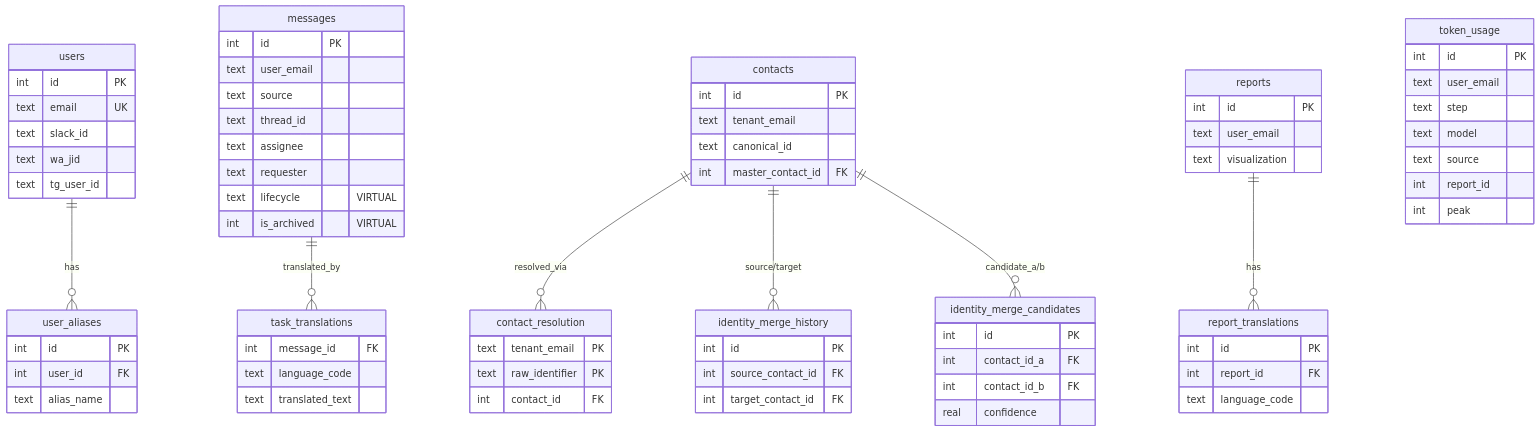
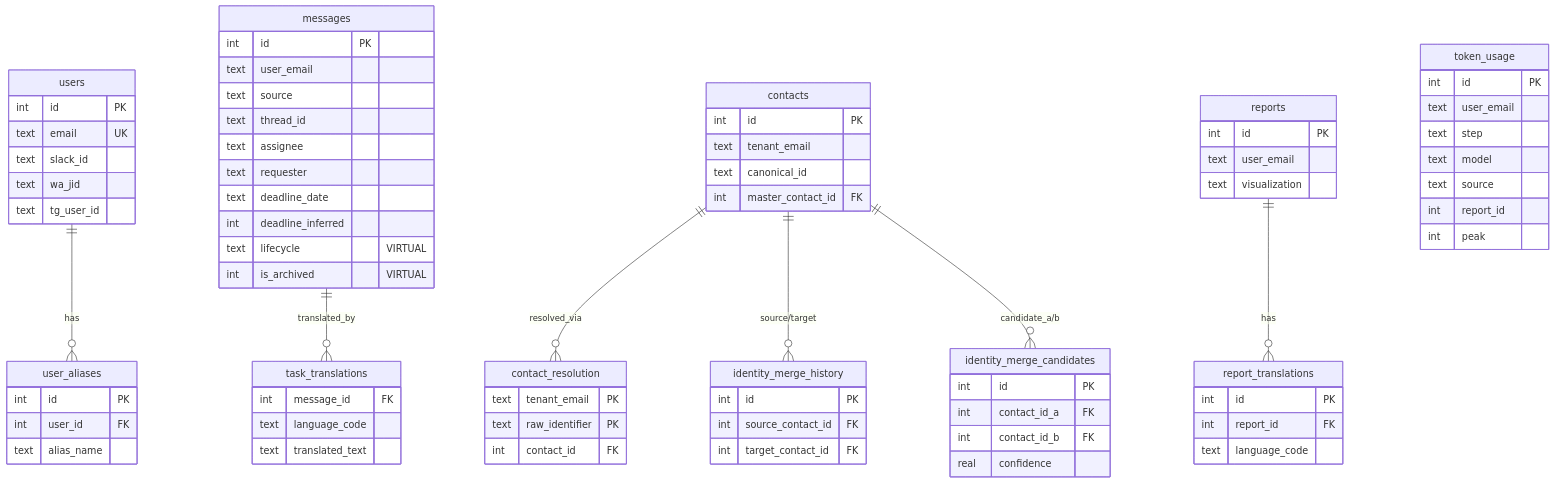
Before and after one commit to JaejinSong/message-consolidator: the first of 2 diagrams in docs/comprehensive/04-data-layer.md, drawn with Mermaid. The commit also changed other lines of this file and 15 other files, not shown here.

````diff
--- a/docs/comprehensive/04-data-layer.md
+++ b/docs/comprehensive/04-data-layer.md
@@ -211,78 +211,80 @@
 ```mermaid
 erDiagram
     users {
         int id PK
         text email UK
         text slack_id
         text wa_jid
         text tg_user_id
     }
     user_aliases {
         int id PK
         int user_id FK
         text alias_name
     }
     messages {
         int id PK
         text user_email
         text source
         text thread_id
         text assignee
         text requester
+        text deadline_date
+        int deadline_inferred
         text lifecycle "VIRTUAL"
         int is_archived "VIRTUAL"
     }
     task_translations {
         int message_id FK
         text language_code
         text translated_text
     }
     contacts {
         int id PK
         text tenant_email
         text canonical_id
         int master_contact_id FK
     }
     contact_resolution {
         text tenant_email PK
         text raw_identifier PK
         int contact_id FK
     }
     identity_merge_history {
         int id PK
         int source_contact_id FK
         int target_contact_id FK
     }
     identity_merge_candidates {
         int id PK
         int contact_id_a FK
         int contact_id_b FK
         real confidence
     }
     reports {
         int id PK
         text user_email
         text visualization
     }
     report_translations {
         int id PK
         int report_id FK
         text language_code
     }
     token_usage {
         int id PK
         text user_email
         text step
         text model
         text source
         int report_id
         int peak
     }
 
     users ||--o{ user_aliases : "has"
     messages ||--o{ task_translations : "translated_by"
     contacts ||--o{ contact_resolution : "resolved_via"
     contacts ||--o{ identity_merge_history : "source/target"
     contacts ||--o{ identity_merge_candidates : "candidate_a/b"
     reports ||--o{ report_translations : "has"
 ```
````
